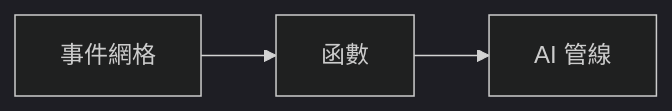
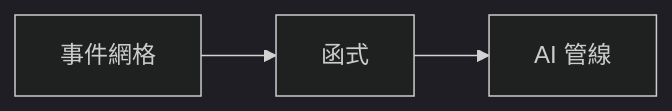
One commit to microsoft/AZD-for-beginners changed the second of 2 diagrams in translations/zh-TW/docs/chapter-08-production/README.md. Above: the diagram before and after it, drawn with Mermaid (dark theme). The commit also changed other lines of this file and 104 other files, not shown here.

````diff
--- a/translations/zh-TW/docs/chapter-08-production/README.md
+++ b/translations/zh-TW/docs/chapter-08-production/README.md
@@ -56,4 +57,4 @@
 ```mermaid
 graph LR
-    EventGrid[事件網格] --> Functions[函數] --> Pipeline[AI 管線]
+    EventGrid[事件網格] --> Functions[函式] --> Pipeline[AI 管線]
 ```
````
